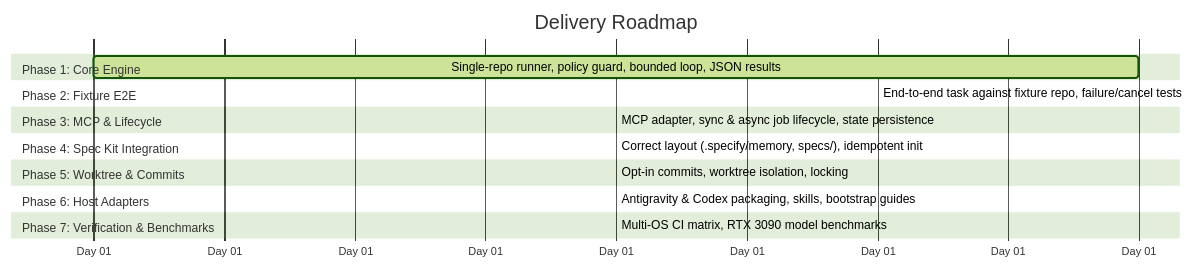
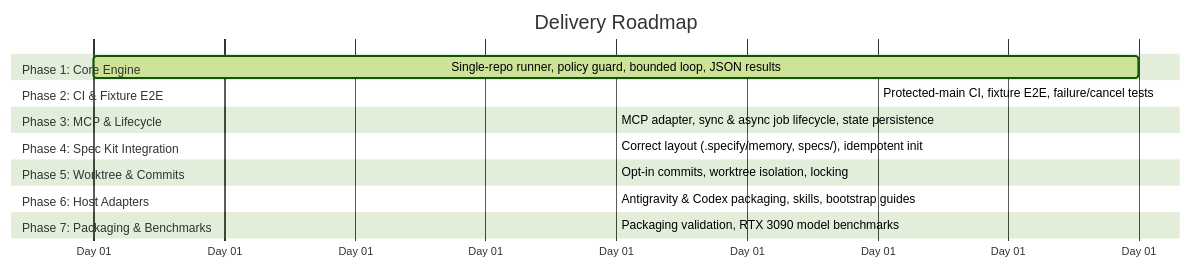
The second of 2 diagrams in docs/implementation_plan.md (rainier-brioso/hybrid_sdlc), drawn with Mermaid (forest theme) before and after one commit. The commit also changed other lines of this file and 15 other files, not shown here.

First line of the commit message:
feat: complete phase 2 — CI validation, fixture E2E, and cancellation tests (#1)

````diff
--- a/docs/implementation_plan.md
+++ b/docs/implementation_plan.md
@@ -301,20 +301,20 @@
 ```mermaid
 gantt
     title Delivery Roadmap
     dateFormat  X
     axisFormat  Day %d
     section Phase 1: Core Engine
     Single-repo runner, policy guard, bounded loop, JSON results    :active, p1, 0, 4
-    section Phase 2: Fixture E2E
-    End-to-end task against fixture repo, failure/cancel tests      :p2, after p1, 3
+    section Phase 2: CI & Fixture E2E
+    Protected-main CI, fixture E2E, failure/cancel tests            :p2, after p1, 3
     section Phase 3: MCP & Lifecycle
     MCP adapter, sync & async job lifecycle, state persistence       :p3, after p2, 2
     section Phase 4: Spec Kit Integration
     Correct layout (.specify/memory, specs/), idempotent init       :p4, after p3, 2
     section Phase 5: Worktree & Commits
     Opt-in commits, worktree isolation, locking                      :p5, after p4, 2
     section Phase 6: Host Adapters
     Antigravity & Codex packaging, skills, bootstrap guides         :p6, after p5, 2
-    section Phase 7: Verification & Benchmarks
-    Multi-OS CI matrix, RTX 3090 model benchmarks                   :p7, after p6, 2
+    section Phase 7: Packaging & Benchmarks
+    Packaging validation, RTX 3090 model benchmarks                :p7, after p6, 2
 ```
````
